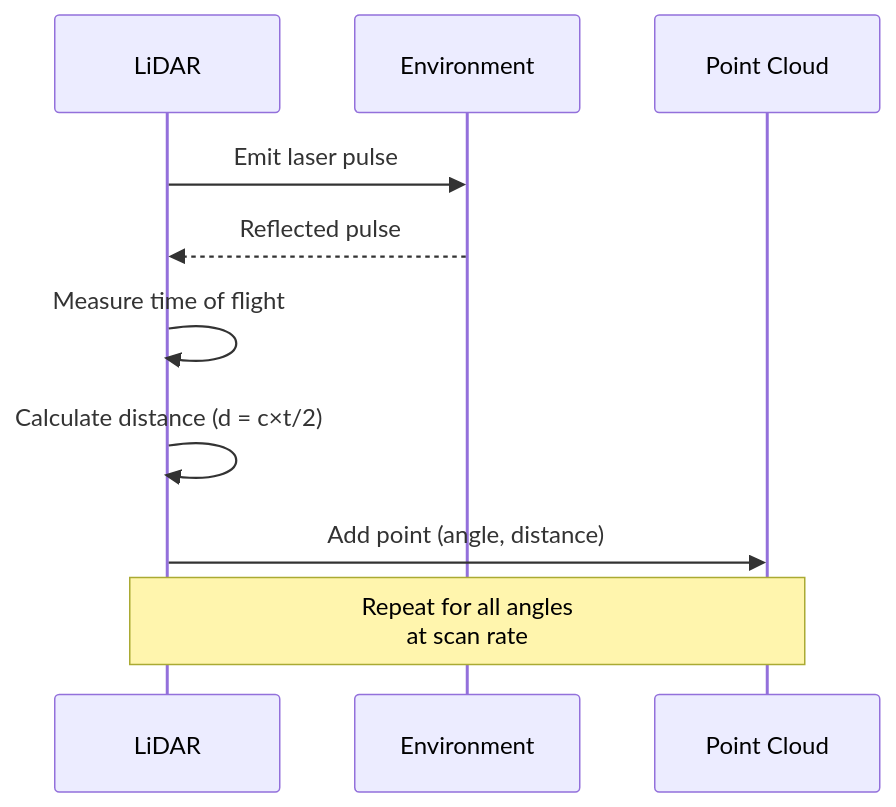
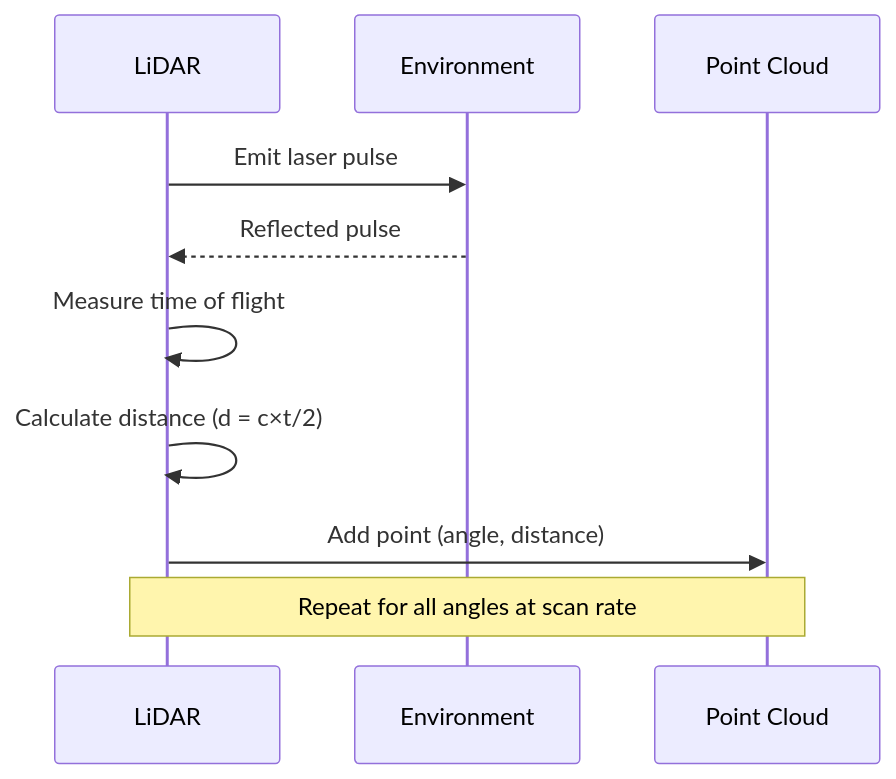
The second of 5 diagrams in docs/modules/module-2-digital-twin/chapter-07-sensors.md (shakir-hussain1/physical-AI-and-humanoid-robotics-textbook-by-shakir-hussain), drawn with Mermaid before and after one commit. The commit also changed other lines of this file and 17 other files, not shown here.

Commit message:
fix: Remove br tags from Mermaid diagrams causing parse errors

````diff
--- a/docs/modules/module-2-digital-twin/chapter-07-sensors.md
+++ b/docs/modules/module-2-digital-twin/chapter-07-sensors.md
@@ -89,14 +89,14 @@
 ```mermaid
 sequenceDiagram
     participant L as LiDAR
     participant E as Environment
     participant P as Point Cloud
 
     L->>E: Emit laser pulse
     E-->>L: Reflected pulse
     L->>L: Measure time of flight
     L->>L: Calculate distance (d = c×t/2)
     L->>P: Add point (angle, distance)
 
-    Note over L,P: Repeat for all angles<br/>at scan rate
+    Note over L,P: Repeat for all angles at scan rate
 ```
````
